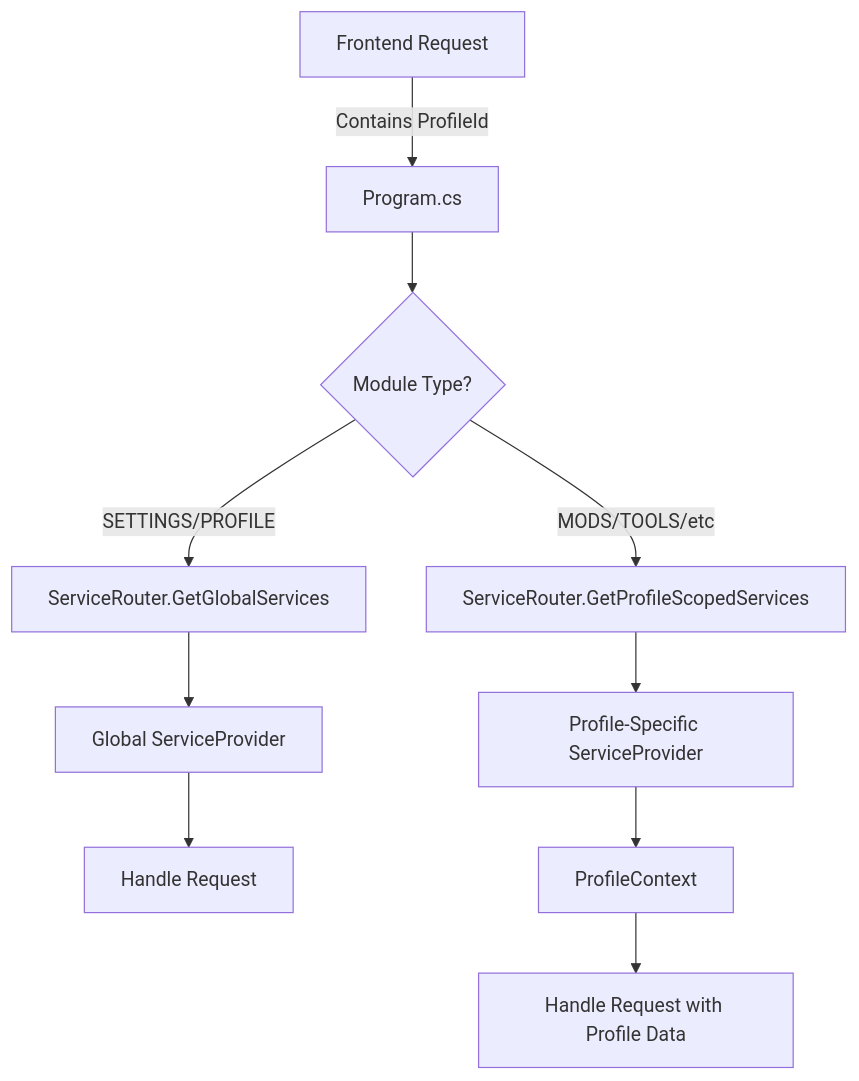
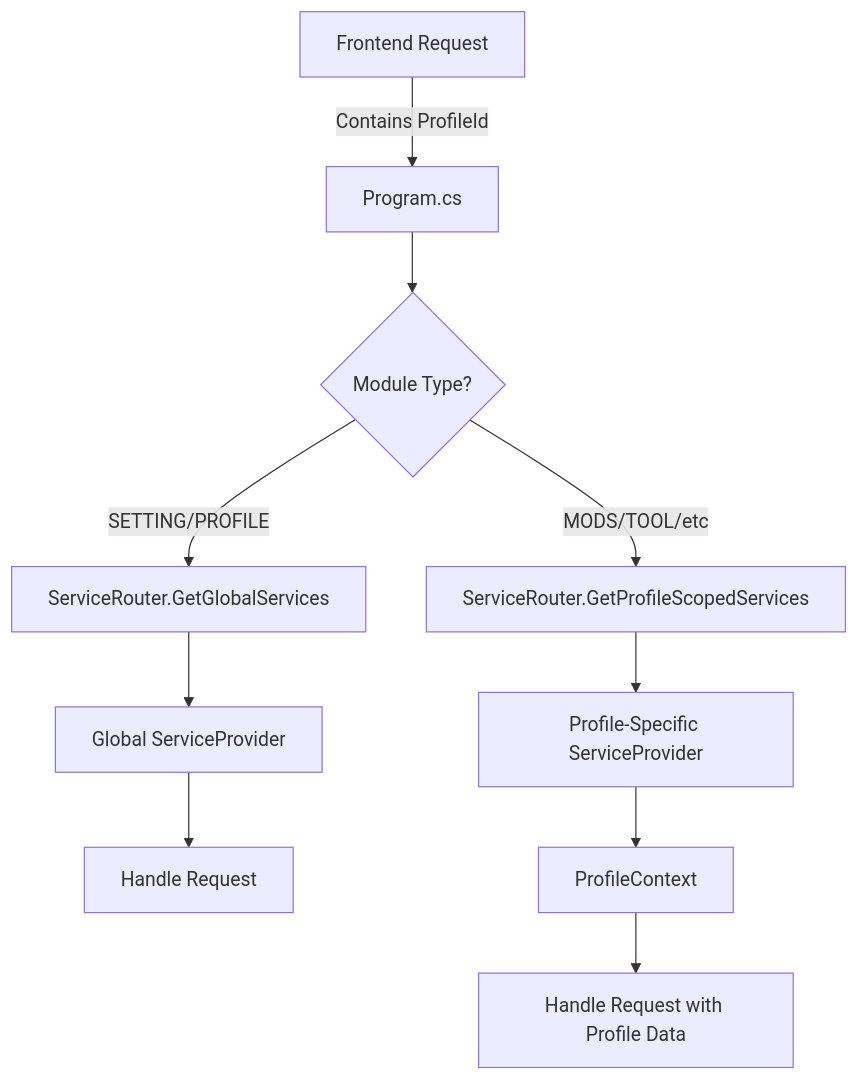
Before and after one commit to JiarongGu/D3dxSkinManager: the diagram in docs/architecture/PROFILE_SERVICE_ARCHITECTURE.md, drawn with Mermaid. The commit also changed other lines of this file and 34 other files, not shown here.

````diff
--- a/docs/architecture/PROFILE_SERVICE_ARCHITECTURE.md
+++ b/docs/architecture/PROFILE_SERVICE_ARCHITECTURE.md
@@ -77,12 +77,12 @@
 ```mermaid
 graph TD
     A[Frontend Request] -->|Contains ProfileId| B[Program.cs]
     B --> C{Module Type?}
-    C -->|SETTINGS/PROFILE| D[ServiceRouter.GetGlobalServices]
-    C -->|MODS/TOOLS/etc| E[ServiceRouter.GetProfileScopedServices]
+    C -->|SETTING/PROFILE| D[ServiceRouter.GetGlobalServices]
+    C -->|MODS/TOOL/etc| E[ServiceRouter.GetProfileScopedServices]
     D --> F[Global ServiceProvider]
     E --> G[Profile-Specific ServiceProvider]
     F --> H[Handle Request]
     G --> I[ProfileContext]
     I --> J[Handle Request with Profile Data]
 ```
````
